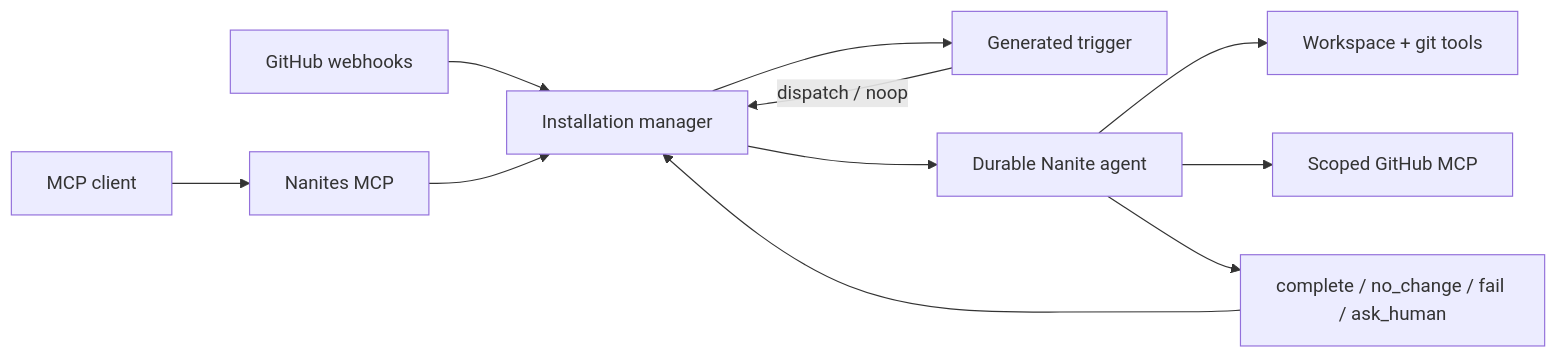
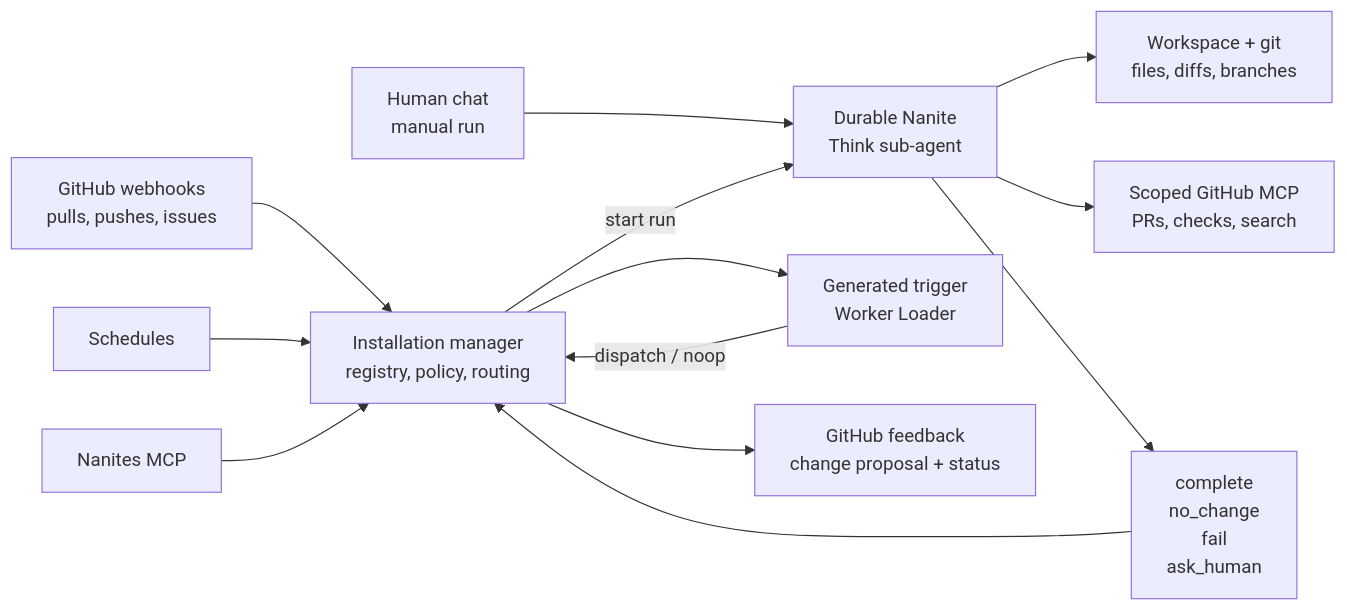
Before and after one commit to WebMCP-org/nanites: the diagram in README.md, drawn with Mermaid. The commit also changed other lines of this file and 19 other files, not shown here.

````diff
--- a/README.md
+++ b/README.md
@@ -9,13 +76,15 @@
 ```mermaid
 flowchart LR
-  GitHub["GitHub webhooks"] --> Manager["Installation manager"]
-  Model["MCP client"] --> MCP["Nanites MCP"]
-  MCP --> Manager
-  Manager --> Trigger["Generated trigger"]
+  GitHub["GitHub webhooks<br/>pulls, pushes, issues"] --> Manager["Installation manager<br/>registry, policy, routing"]
+  Schedule["Schedules"] --> Manager
+  MCP["Nanites MCP"] --> Manager
+  Human["Human chat<br/>manual run"] --> Nanite["Durable Nanite<br/>Think sub-agent"]
+  Manager --> Trigger["Generated trigger<br/>Worker Loader"]
   Trigger -->|"dispatch / noop"| Manager
-  Manager --> Nanite["Durable Nanite agent"]
-  Nanite --> Workspace["Workspace + git tools"]
-  Nanite --> GitHubMcp["Scoped GitHub MCP"]
-  Nanite --> Lifecycle["complete / no_change / fail / ask_human"]
-  Lifecycle --> Manager
+  Manager -->|"start run"| Nanite
+  Nanite --> Workspace["Workspace + git<br/>files, diffs, branches"]
+  Nanite --> GitHubMcp["Scoped GitHub MCP<br/>PRs, checks, search"]
+  Nanite --> Outcome["complete<br/>no_change<br/>fail<br/>ask_human"]
+  Outcome --> Manager
+  Manager --> GitHubSurface["GitHub feedback<br/>change proposal + status"]
 ```
````
